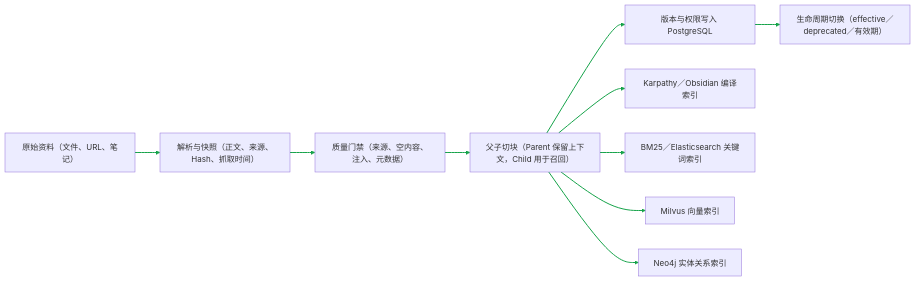
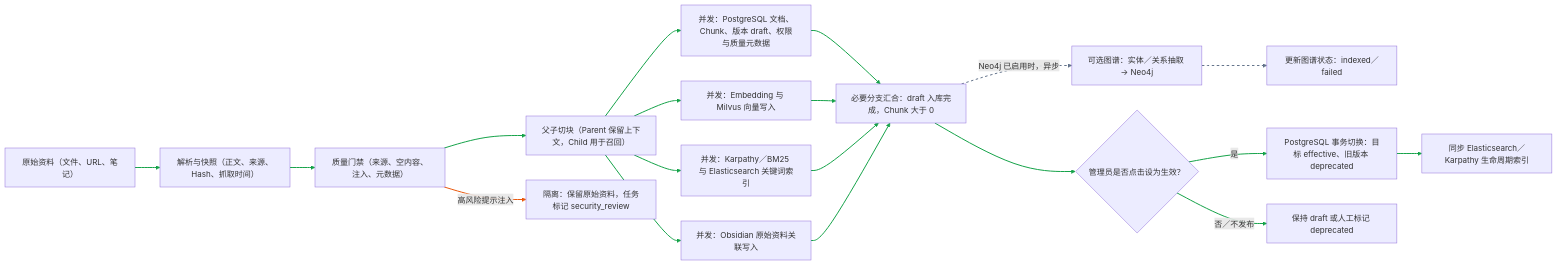
The ninth of 20 diagrams in docs/interview/功能步骤流程.md (monstereatai/RAG), drawn with Mermaid before and after one commit. The commit also changed other lines of this file and 97 other files, not shown here.

````diff
--- a/docs/interview/功能步骤流程.md
+++ b/docs/interview/功能步骤流程.md
@@ -285,13 +401,24 @@
 ```mermaid
 flowchart LR
   A[原始资料（文件、URL、笔记）] --> B[解析与快照（正文、来源、Hash、抓取时间）]
   B --> C[质量门禁（来源、空内容、注入、元数据）]
   C --> D[父子切块（Parent 保留上下文，Child 用于召回）]
-  D --> E[版本与权限写入 PostgreSQL]
-  D --> F[Karpathy／Obsidian 编译索引]
-  D --> G[BM25／Elasticsearch 关键词索引]
-  D --> H[Milvus 向量索引]
-  D --> I[Neo4j 实体关系索引]
-  E --> J[生命周期切换（effective／deprecated／有效期）]
-  linkStyle 0,1,2,3,4,5,6,7,8 stroke:#16a34a,stroke-width:2px
+  C -->|高风险提示注入| K[隔离：保留原始资料，任务标记 security_review]
+  D --> E[并发：PostgreSQL 文档、Chunk、版本 draft、权限与质量元数据]
+  D --> F[并发：Embedding 与 Milvus 向量写入]
+  D --> G[并发：Karpathy／BM25 与 Elasticsearch 关键词索引]
+  D --> H[并发：Obsidian 原始资料关联写入]
+  E --> I[必要分支汇合：draft 入库完成，Chunk 大于 0]
+  F --> I
+  G --> I
+  H --> I
+  I -. Neo4j 已启用时，异步 .-> O[可选图谱：实体／关系抽取 → Neo4j]
+  O --> P[更新图谱状态：indexed／failed]
+  I --> J{管理员是否点击设为生效？}
+  J -->|是| L[PostgreSQL 事务切换：目标 effective、旧版本 deprecated]
+  L --> M[同步 Elasticsearch／Karpathy 生命周期索引]
+  J -->|否／不发布| N[保持 draft 或人工标记 deprecated]
+  linkStyle 0,1,2,4,5,6,7,8,9,10,11,14,15,16,17 stroke:#16a34a,stroke-width:2px
+  linkStyle 3 stroke:#ea580c,stroke-width:2px
+  linkStyle 12,13 stroke:#64748b,stroke-width:2px,stroke-dasharray:5 5
 ```
````
